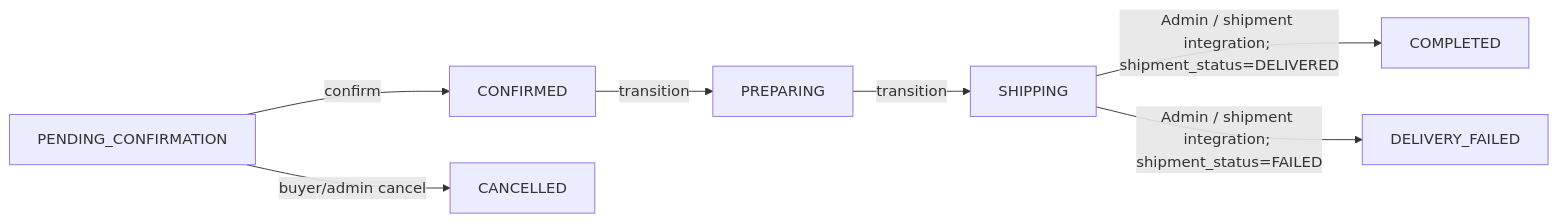
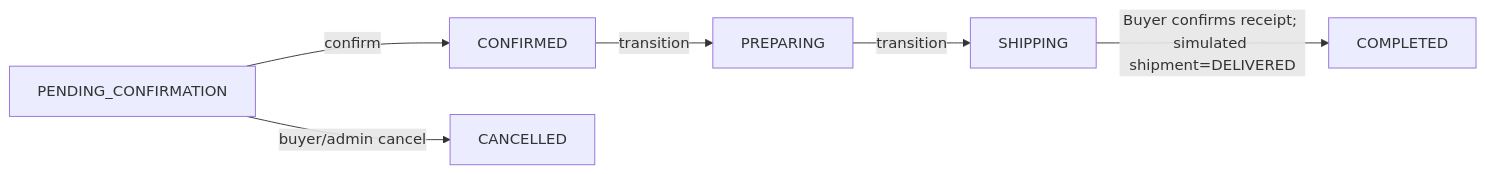
The third of 3 diagrams in docs/frontend-spec/02-pages-and-user-flow.md (lwd7071/e-commerce-platform), drawn with Mermaid before and after one commit. The commit also changed other lines of this file and 66 other files, not shown here.

````diff
--- a/docs/frontend-spec/02-pages-and-user-flow.md
+++ b/docs/frontend-spec/02-pages-and-user-flow.md
@@ -202,9 +202,8 @@
 ```mermaid
 flowchart LR
   A[PENDING_CONFIRMATION] -->|confirm| B[CONFIRMED]
   B -->|transition| C[PREPARING]
   C -->|transition| D[SHIPPING]
-  D -->|Admin / shipment integration; shipment_status=DELIVERED| E[COMPLETED]
+  D -->|Buyer confirms receipt; simulated shipment=DELIVERED| E[COMPLETED]
   A -->|buyer/admin cancel| X[CANCELLED]
-  D -->|Admin / shipment integration; shipment_status=FAILED| F[DELIVERY_FAILED]
 ```
````
